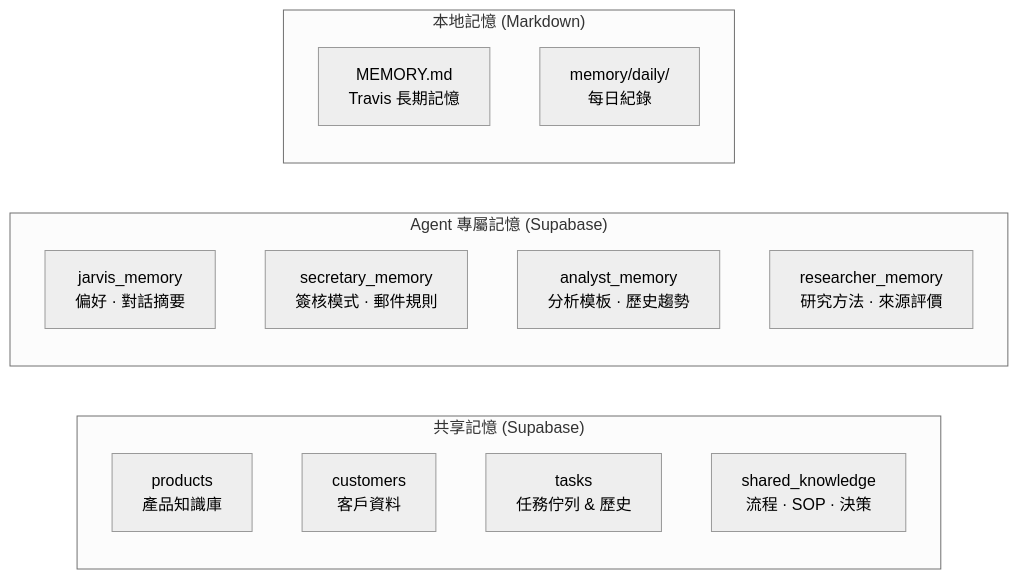
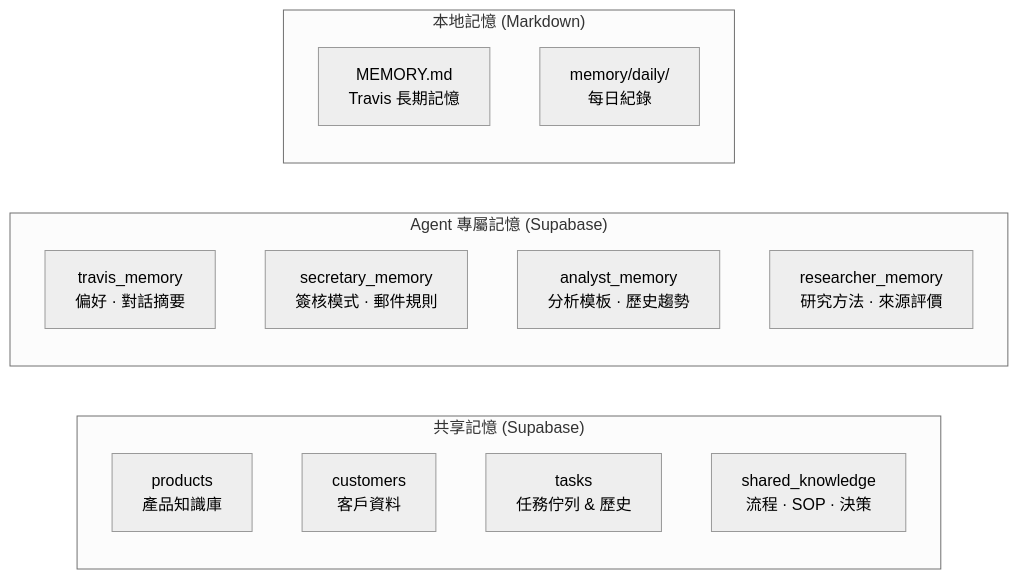
One commit to shimotmr/travis-daily changed the sixth of 6 diagrams in content/reports/multi-agent-architecture.md. Above: the diagram before and after it, drawn with Mermaid (neutral theme). The commit also changed 1 other file, not shown here.

Commit message:
Replace Jarvis with Travis in reports

````diff
--- a/content/reports/multi-agent-architecture.md
+++ b/content/reports/multi-agent-architecture.md
@@ -314,21 +314,21 @@
 ```mermaid
 graph LR
     subgraph "共享記憶 (Supabase)"
         Products["products<br/>產品知識庫"]
         Customers["customers<br/>客戶資料"]
         Tasks["tasks<br/>任務佇列 & 歷史"]
         Knowledge["shared_knowledge<br/>流程 · SOP · 決策"]
     end
     
     subgraph "Agent 專屬記憶 (Supabase)"
-        TravisMem["jarvis_memory<br/>偏好 · 對話摘要"]
+        TravisMem["travis_memory<br/>偏好 · 對話摘要"]
         SecMem["secretary_memory<br/>簽核模式 · 郵件規則"]
         AnalystMem["analyst_memory<br/>分析模板 · 歷史趨勢"]
         ResearchMem["researcher_memory<br/>研究方法 · 來源評價"]
     end
     
     subgraph "本地記憶 (Markdown)"
         Memory["MEMORY.md<br/>Travis 長期記憶"]
         Daily["memory/daily/<br/>每日紀錄"]
     end
 ```
````
